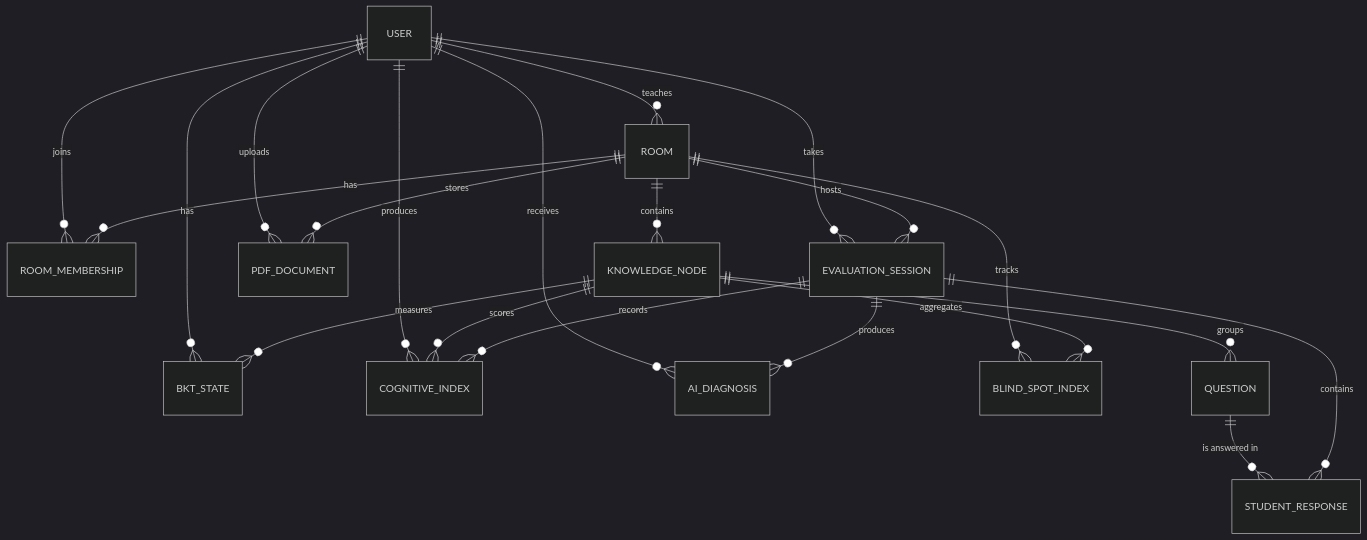
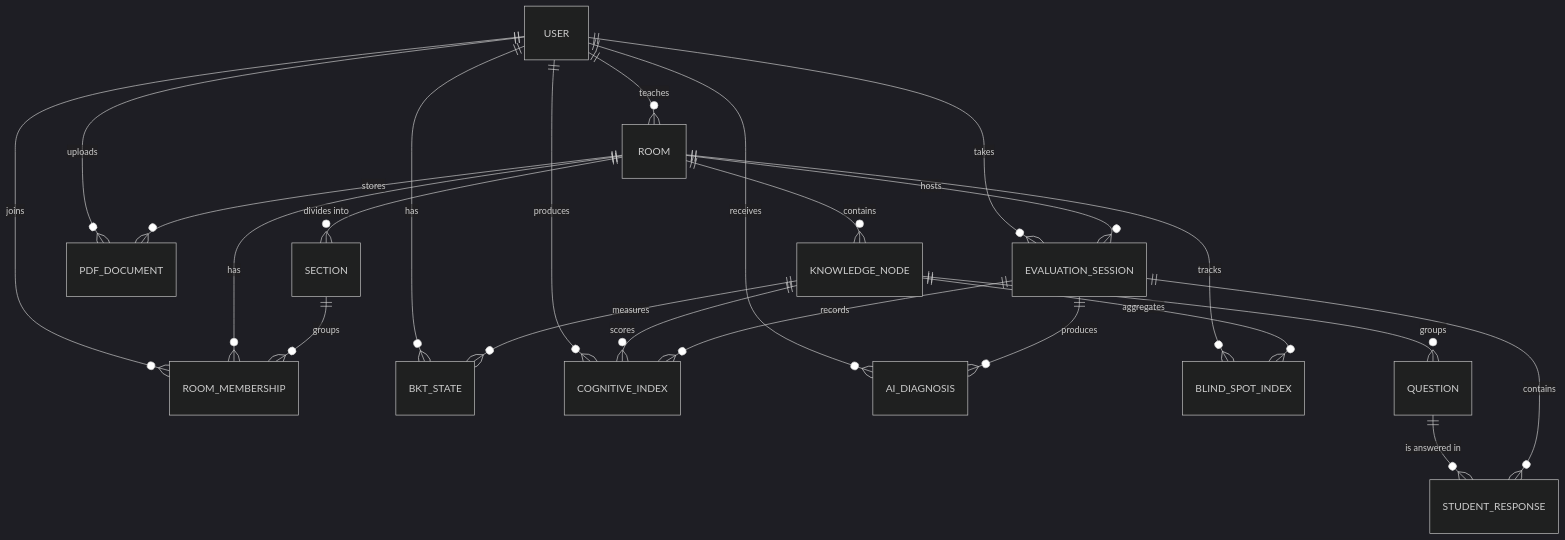
Before and after one commit to Eneritzch/Cogniroom: the diagram in docs/database.md, drawn with Mermaid (dark theme). The commit also changed other lines of this file and 2 other files, not shown here.

Commit message:
una tabla más de room section

````diff
--- a/docs/database.md
+++ b/docs/database.md
@@ -9,26 +9,29 @@
 ```mermaid
 erDiagram
     USER ||--o{ ROOM : "teaches"
     USER ||--o{ ROOM_MEMBERSHIP : "joins"
     USER ||--o{ EVALUATION_SESSION : "takes"
     USER ||--o{ BKT_STATE : "has"
     USER ||--o{ COGNITIVE_INDEX : "produces"
     USER ||--o{ AI_DIAGNOSIS : "receives"
     USER ||--o{ PDF_DOCUMENT : "uploads"
 
     ROOM ||--o{ ROOM_MEMBERSHIP : "has"
+    ROOM ||--o{ SECTION : "divides into"
     ROOM ||--o{ KNOWLEDGE_NODE : "contains"
     ROOM ||--o{ PDF_DOCUMENT : "stores"
     ROOM ||--o{ EVALUATION_SESSION : "hosts"
     ROOM ||--o{ BLIND_SPOT_INDEX : "tracks"
+
+    SECTION ||--o{ ROOM_MEMBERSHIP : "groups"
 
     KNOWLEDGE_NODE ||--o{ QUESTION : "groups"
     KNOWLEDGE_NODE ||--o{ BKT_STATE : "measures"
     KNOWLEDGE_NODE ||--o{ COGNITIVE_INDEX : "scores"
     KNOWLEDGE_NODE ||--o{ BLIND_SPOT_INDEX : "aggregates"
 
     QUESTION ||--o{ STUDENT_RESPONSE : "is answered in"
     EVALUATION_SESSION ||--o{ STUDENT_RESPONSE : "contains"
     EVALUATION_SESSION ||--o{ COGNITIVE_INDEX : "records"
     EVALUATION_SESSION ||--o{ AI_DIAGNOSIS : "produces"
 ```
````
